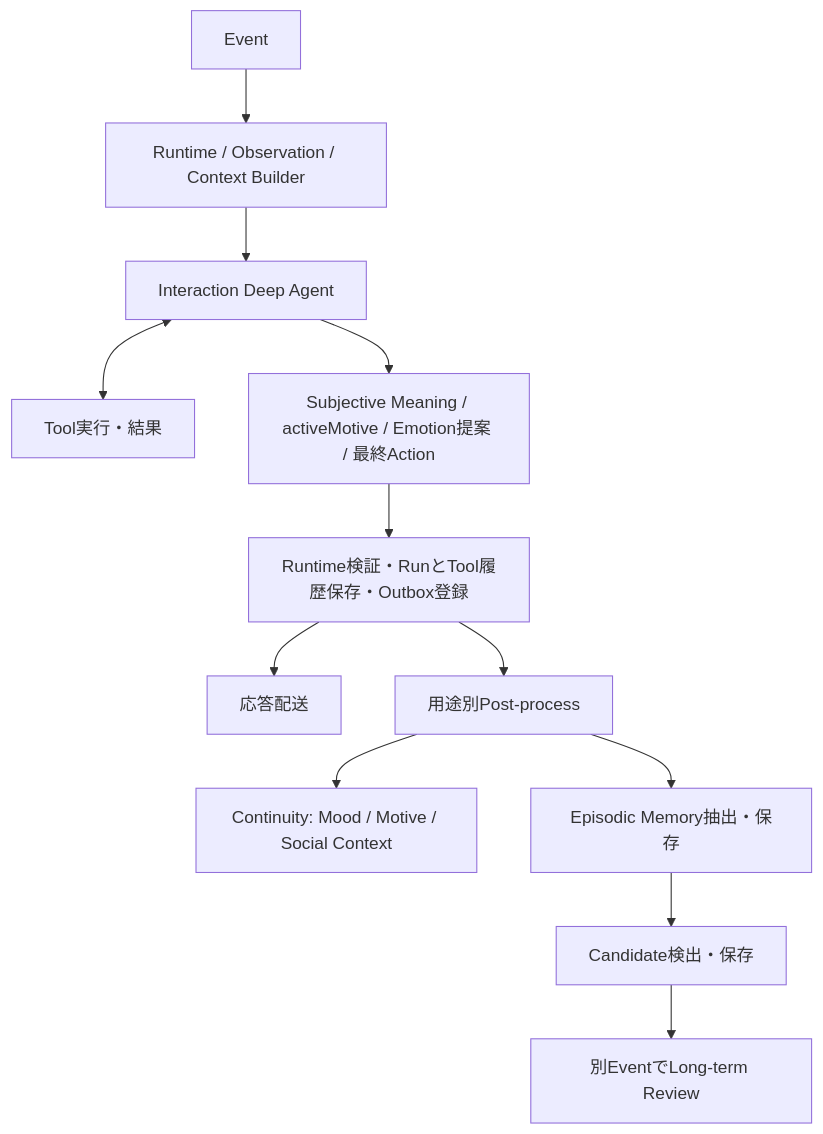
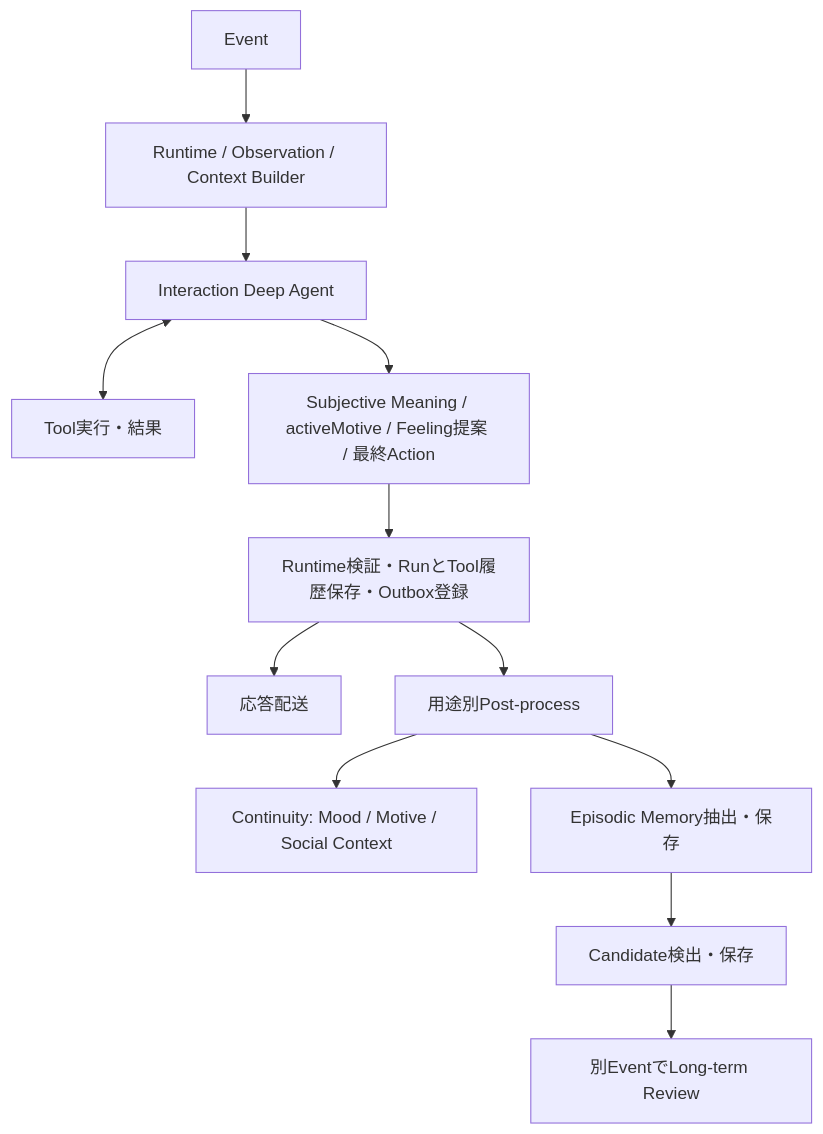
One commit to if001/social_agent changed the diagram in spec/personal-agent-implementation-design-v2.md. Above: the diagram before and after it, drawn with Mermaid. The commit also changed other lines of this file and 1 other file, not shown here.

````diff
--- a/spec/personal-agent-implementation-design-v2.md
+++ b/spec/personal-agent-implementation-design-v2.md
@@ -106,14 +106,14 @@
 ```mermaid
 flowchart TD
   E[Event] --> R[Runtime / Observation / Context Builder]
   R --> C[Interaction Deep Agent]
   C <--> T[Tool実行・結果]
-  C --> O[Subjective Meaning / activeMotive / Emotion提案 / 最終Action]
+  C --> O[Subjective Meaning / activeMotive / Feeling提案 / 最終Action]
   O --> V[Runtime検証・RunとTool履歴保存・Outbox登録]
   V --> D[応答配送]
   V --> P[用途別Post-process]
   P --> S[Continuity: Mood / Motive / Social Context]
   P --> M[Episodic Memory抽出・保存]
   M --> K[Candidate検出・保存]
   K --> L[別EventでLong-term Review]
 ```
````
